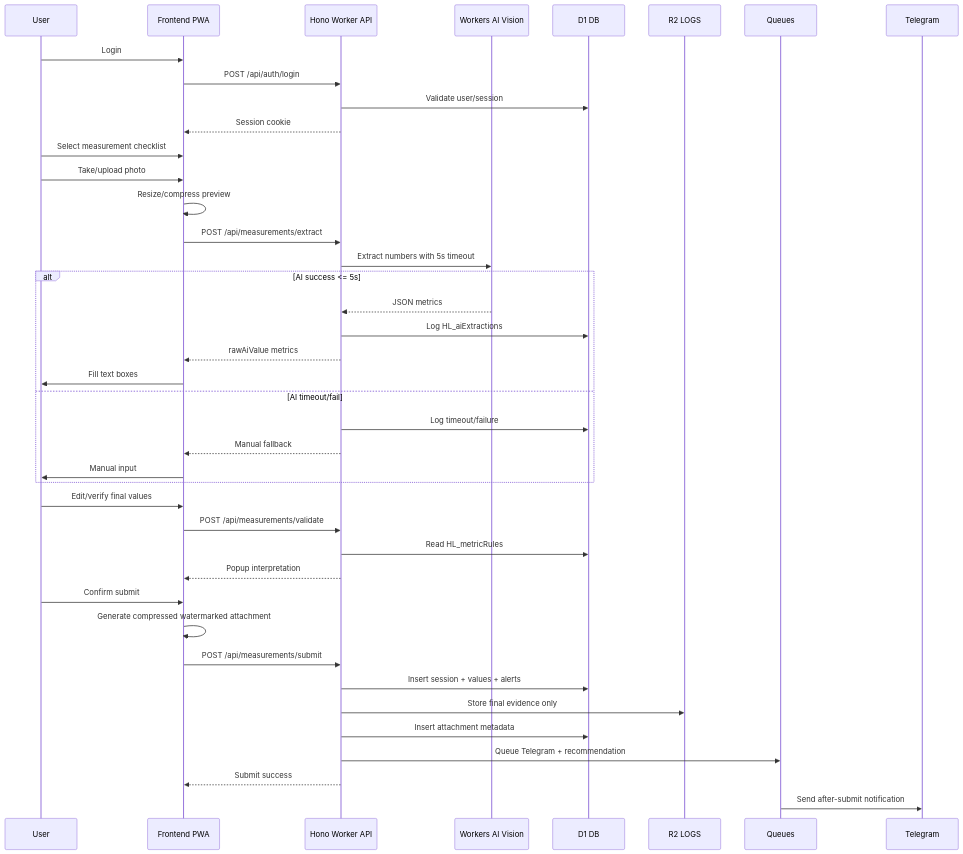
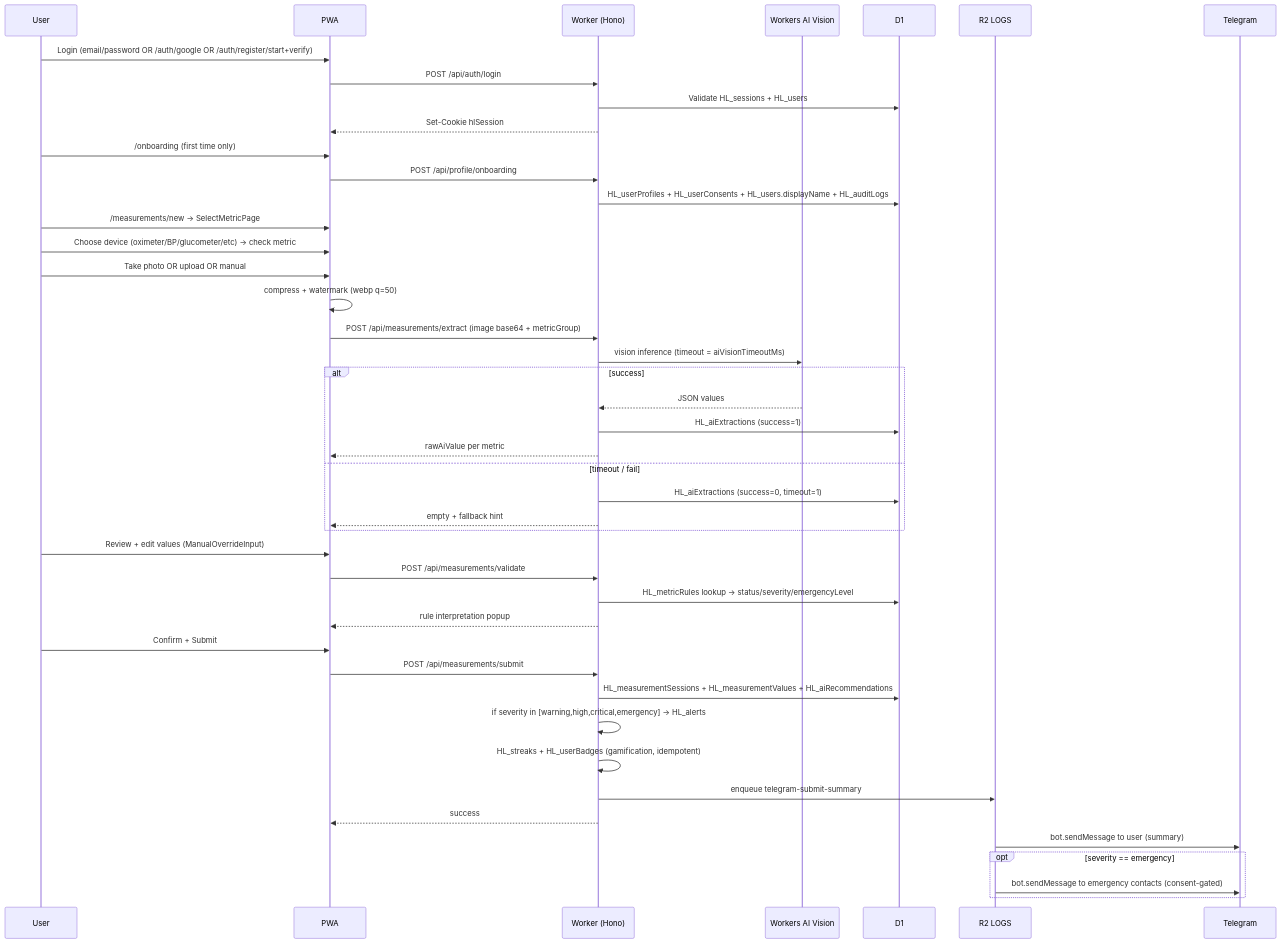
The second of 4 diagrams in docs/04-ARCHITECTURE.md (jhonnicollas/health), drawn with Mermaid before and after one commit. The commit also changed other lines of this file and 10 other files, not shown here.

````diff
--- a/docs/04-ARCHITECTURE.md
+++ b/docs/04-ARCHITECTURE.md
@@ -272,48 +404,52 @@
 ```mermaid
 sequenceDiagram
   participant U as User
-  participant FE as Frontend PWA
-  participant API as Hono Worker API
-  participant AI as Workers AI Vision
-  participant D1 as D1 DB
+  participant FE as PWA
+  participant API as Worker (Hono)
+  participant WAI as Workers AI Vision
+  participant D1 as D1
   participant R2 as R2 LOGS
-  participant Q as Queues
   participant TG as Telegram
 
-  U->>FE: Login
+  U->>FE: Login (email/password OR /auth/google OR /auth/register/start+verify)
   FE->>API: POST /api/auth/login
-  API->>D1: Validate user/session
-  API-->>FE: Session cookie
+  API->>D1: Validate HL_sessions + HL_users
+  API-->>FE: Set-Cookie hlSession
 
-  U->>FE: Select measurement checklist
-  U->>FE: Take/upload photo
-  FE->>FE: Resize/compress preview
-  FE->>API: POST /api/measurements/extract
-  API->>AI: Extract numbers with 5s timeout
+  U->>FE: /onboarding (first time only)
+  FE->>API: POST /api/profile/onboarding
+  API->>D1: HL_userProfiles + HL_userConsents + HL_users.displayName + HL_auditLogs
 
-  alt AI success <= 5s
-    AI-->>API: JSON metrics
-    API->>D1: Log HL_aiExtractions
-    API-->>FE: rawAiValue metrics
-    FE->>U: Fill text boxes
-  else AI timeout/fail
-    API->>D1: Log timeout/failure
-    API-->>FE: Manual fallback
-    FE->>U: Manual input
+  U->>FE: /measurements/new → SelectMetricPage
+  U->>FE: Choose device (oximeter/BP/glucometer/etc) → check metric
+  U->>FE: Take photo OR upload OR manual
+  FE->>FE: compress + watermark (webp q=50)
+  FE->>API: POST /api/measurements/extract  (image base64 + metricGroup)
+  API->>WAI: vision inference (timeout = aiVisionTimeoutMs)
+  alt success
+    WAI-->>API: JSON values
+    API->>D1: HL_aiExtractions (success=1)
+    API-->>FE: rawAiValue per metric
+  else timeout / fail
+    API->>D1: HL_aiExtractions (success=0, timeout=1)
+    API-->>FE: empty + fallback hint
   end
 
-  U->>FE: Edit/verify final values
+  U->>FE: Review + edit values (ManualOverrideInput)
   FE->>API: POST /api/measurements/validate
-  API->>D1: Read HL_metricRules
-  API-->>FE: Popup interpretation
+  API->>D1: HL_metricRules lookup → status/severity/emergencyLevel
+  API-->>FE: rule interpretation popup
 
-  U->>FE: Confirm submit
-  FE->>FE: Generate compressed watermarked attachment
+  U->>FE: Confirm + Submit
   FE->>API: POST /api/measurements/submit
-  API->>D1: Insert session + values + alerts
-  API->>R2: Store final evidence only
-  API->>D1: Insert attachment metadata
-  API->>Q: Queue Telegram + recommendation
-  API-->>FE: Submit success
-  Q->>TG: Send after-submit notification
+  API->>D1: HL_measurementSessions + HL_measurementValues + HL_aiRecommendations
+  API->>API: if severity in [warning,high,critical,emergency] → HL_alerts
+  API->>API: HL_streaks + HL_userBadges (gamification, idempotent)
+  API->>R2: enqueue telegram-submit-summary
+  API-->>FE: success
+
+  R2->>TG: bot.sendMessage to user (summary)
+  opt severity == emergency
+    R2->>TG: bot.sendMessage to emergency contacts (consent-gated)
+  end
 ```
````
